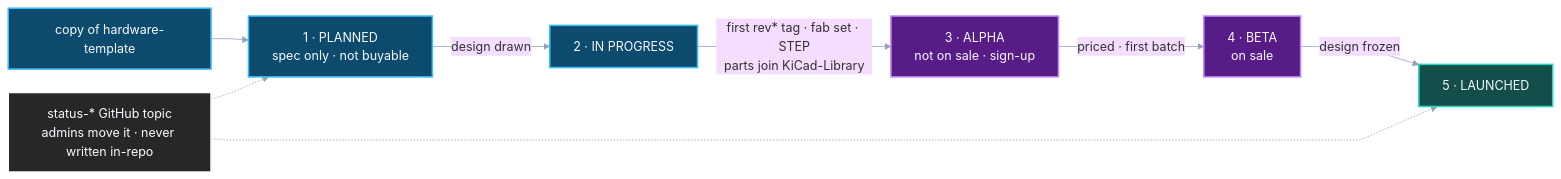
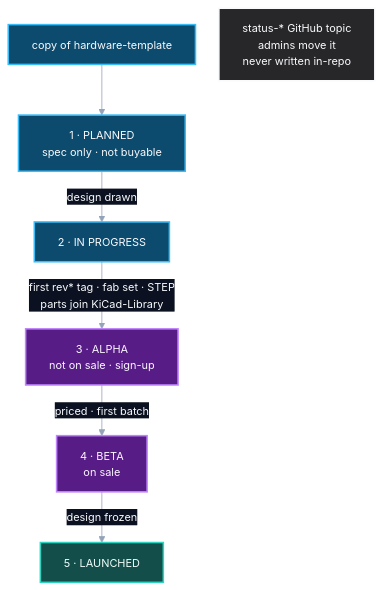
Before and after one commit to OpenDrone-hw/.github: the third of 5 diagrams in OVERVIEW.md, drawn with Mermaid. The commit also changed other lines of this file, not shown here.

````diff
--- a/OVERVIEW.md
+++ b/OVERVIEW.md
@@ -84,23 +82,21 @@
 ```mermaid
-%%{init: {"theme": "base", "themeVariables": {"background": "#0b1120", "lineColor": "#94a3b8", "fontFamily": "Inter, ui-sans-serif, system-ui"}, "flowchart": {"curve": "linear", "nodeSpacing": 30, "rankSpacing": 48}}}%%
-flowchart LR
+%%{init: {"theme": "base", "themeVariables": {"background": "#0b1120", "lineColor": "#94a3b8", "primaryTextColor": "#f8fafc", "edgeLabelBackground": "#0b1120", "fontSize": "14px"}, "flowchart": {"curve": "linear", "nodeSpacing": 30, "rankSpacing": 44}}}%%
+flowchart TB
     S0["copy of hardware-template"] --> S1["1 · PLANNED<br/>spec only · not buyable"]
     S1 -->|"design drawn"| S2["2 · IN PROGRESS"]
     S2 -->|"first rev* tag · fab set · STEP<br/>parts join KiCad-Library"| S3["3 · ALPHA<br/>not on sale · sign-up"]
     S3 -->|"priced · first batch"| S4["4 · BETA<br/>on sale"]
     S4 -->|"design frozen"| S5["5 · LAUNCHED"]
 
-    TOPIC["status-* GitHub topic<br/>admins move it · never written in-repo"]
-    TOPIC -.-> S1
-    TOPIC -.-> S5
+    TOPIC["status-* GitHub topic<br/>admins move it<br/>never written in-repo"]
 
     classDef design fill:#0c4a6e,stroke:#38bdf8,color:#f8fafc,stroke-width:2px;
     classDef evidence fill:#581c87,stroke:#c084fc,color:#faf5ff,stroke-width:2px;
     classDef release fill:#134e4a,stroke:#2dd4bf,color:#f0fdfa,stroke-width:2px;
     classDef control fill:#27272a,stroke:#f8fafc,color:#f8fafc,stroke-width:2px;
 
     class S0,S1,S2 design;
     class S3,S4 evidence;
     class S5 release;
     class TOPIC control;
 ```
````
